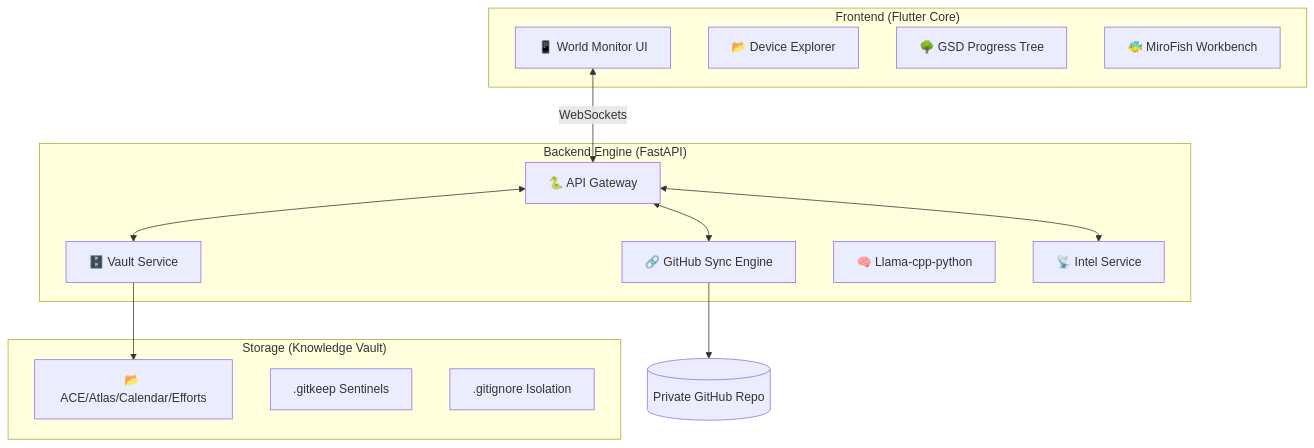
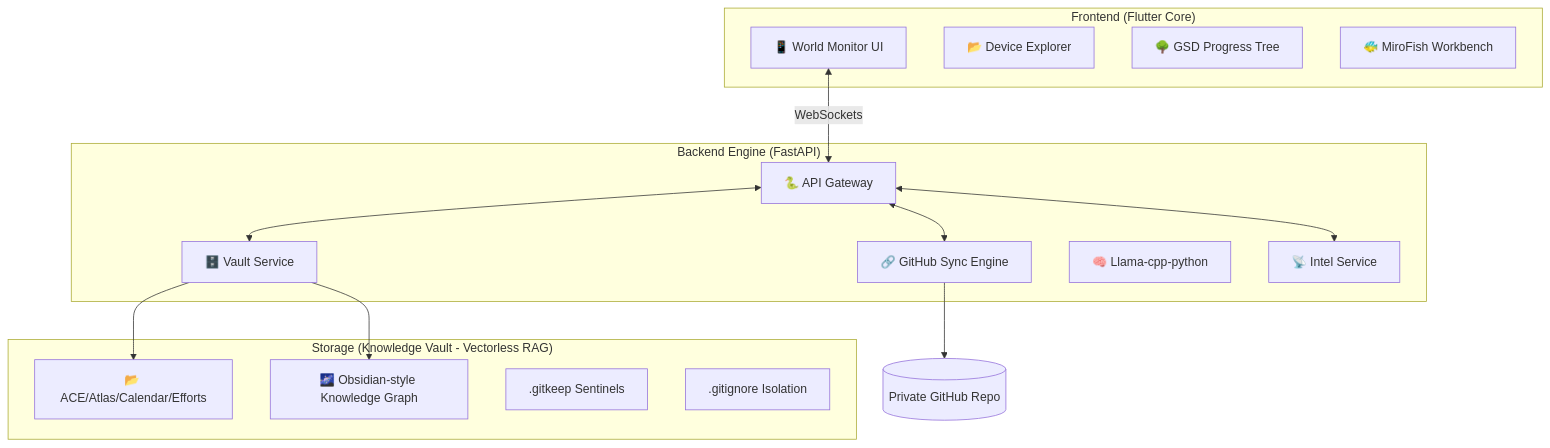
The diagram in README.md (ankit-sengupta05/CyborgAI), drawn with Mermaid before and after one commit. The commit also changed other lines of this file and 101 other files, not shown here.

Commit message:
feat: Vectorless RAG, TrOCR Ingestion, Vault Physics UI

````diff
--- a/README.md
+++ b/README.md
@@ -42,30 +42,32 @@
 ```mermaid
 graph TD
     subgraph "Frontend (Flutter Core)"
         UI["📱 World Monitor UI"]
         DE["📂 Device Explorer"]
         GT["🌳 GSD Progress Tree"]
         MF["🐠 MiroFish Workbench"]
     end
 
     subgraph "Backend Engine (FastAPI)"
         API["🐍 API Gateway"]
         SYNC["🔗 GitHub Sync Engine"]
         VAULT["🗄️ Vault Service"]
         LLM["🧠 Llama-cpp-python"]
         INTEL["📡 Intel Service"]
     end
 
-    subgraph "Storage (Knowledge Vault)"
+    subgraph "Storage (Knowledge Vault - Vectorless RAG)"
         ACE["📂 ACE/Atlas/Calendar/Efforts"]
+        GRAPH["🌌 Obsidian-style Knowledge Graph"]
         KEEP[".gitkeep Sentinels"]
         IGNORE[".gitignore Isolation"]
     end
 
     UI <-->|WebSockets| API
     API <--> SYNC
     API <--> VAULT
     API <--> INTEL
     VAULT --> ACE
+    VAULT --> GRAPH
     SYNC --> GITHUB[(Private GitHub Repo)]
 ```
````
